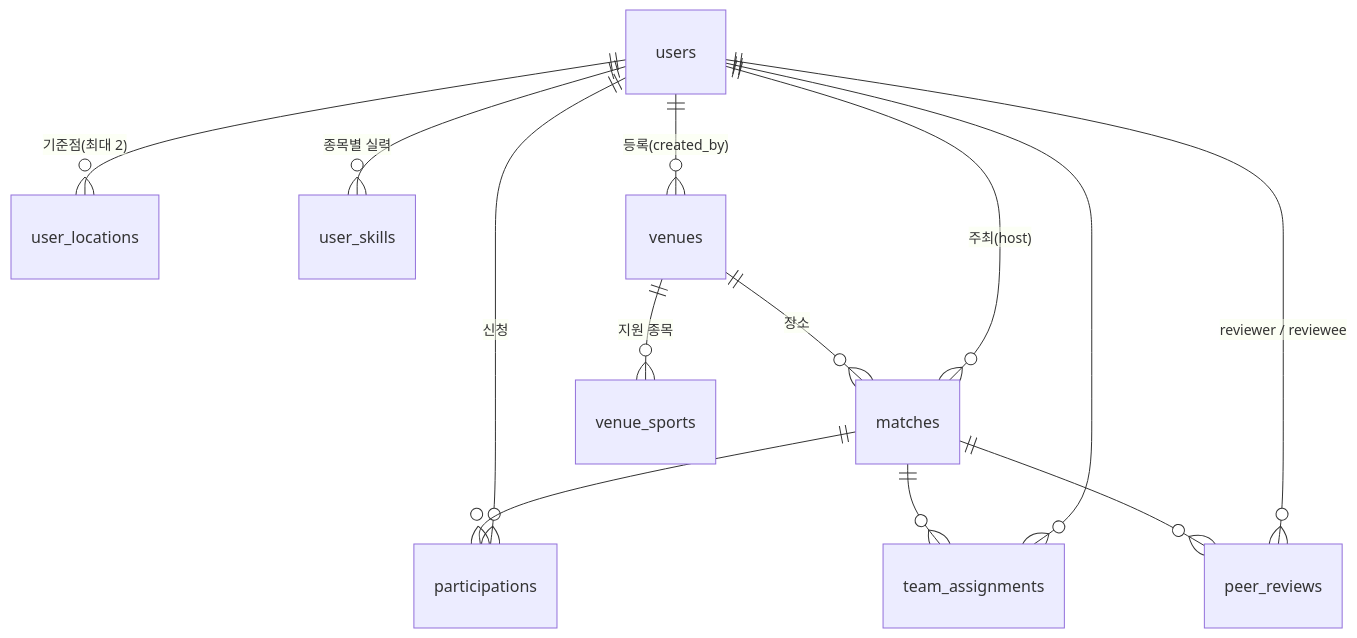
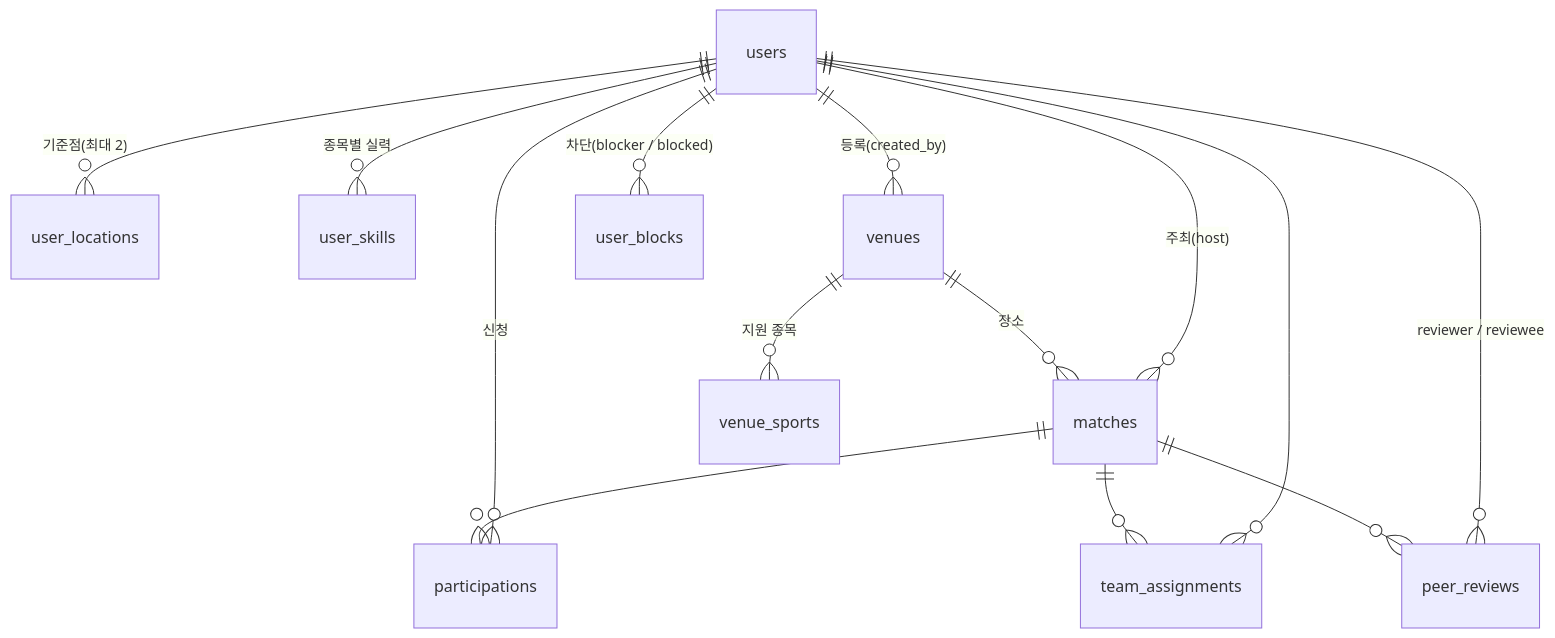
One commit to jaeseo813/sports-matching changed the diagram in docs/db-schema.md. Above: the diagram before and after it, drawn with Mermaid. The commit also changed other lines of this file and 5 other files, not shown here.

First line of the commit message:
feat(db): matches.rated_at, users.preferred_slots, user_blocks 추가

````diff
--- a/docs/db-schema.md
+++ b/docs/db-schema.md
@@ -12,15 +14,16 @@
 ```mermaid
 erDiagram
     users ||--o{ user_locations : "기준점(최대 2)"
     users ||--o{ user_skills : "종목별 실력"
     users ||--o{ matches : "주최(host)"
     users ||--o{ participations : "신청"
     users ||--o{ team_assignments : ""
     users ||--o{ peer_reviews : "reviewer / reviewee"
     users ||--o{ venues : "등록(created_by)"
+    users ||--o{ user_blocks : "차단(blocker / blocked)"
     venues ||--o{ venue_sports : "지원 종목"
     venues ||--o{ matches : "장소"
     matches ||--o{ participations : ""
     matches ||--o{ team_assignments : ""
     matches ||--o{ peer_reviews : ""
 ```
````
